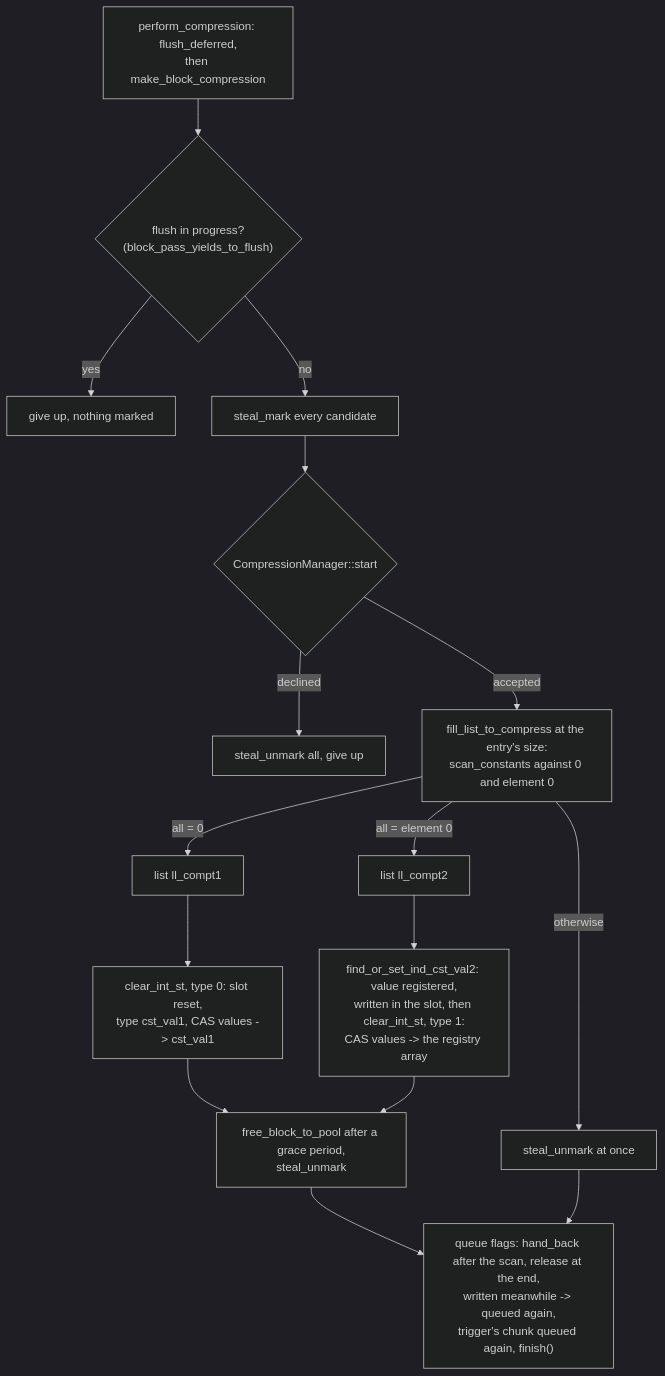
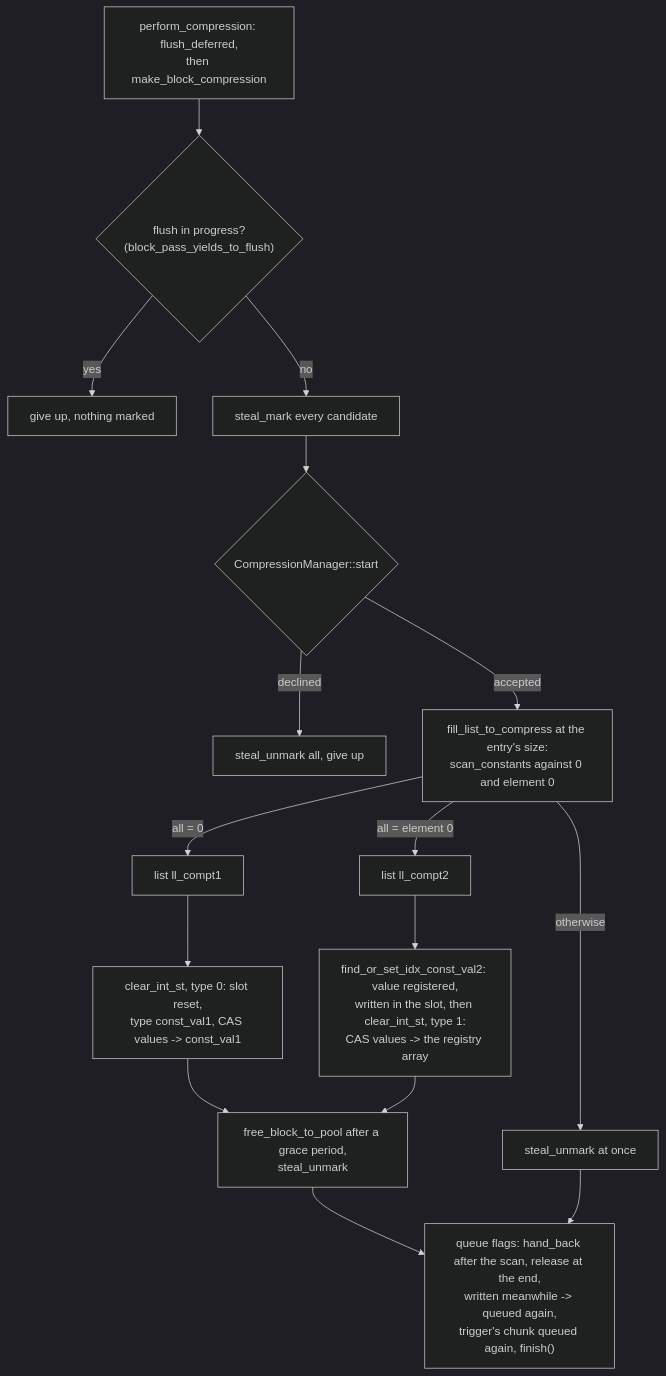
One commit to cea-hpc/shrink-array changed the first of 2 diagrams in docs/algo_zero_any.md. Above: the diagram before and after it, drawn with Mermaid (dark theme). The commit also changed other lines of this file and 244 other files, not shown here.

````diff
--- a/docs/algo_zero_any.md
+++ b/docs/algo_zero_any.md
@@ -135,18 +135,18 @@
 ```mermaid
 flowchart TD
     A["perform_compression: flush_deferred,<br/>then make_block_compression"] --> B{"flush in progress?<br/>(block_pass_yields_to_flush)"}
     B -->|yes| B1["give up, nothing marked"]
     B -->|no| C["steal_mark every candidate"]
     C --> D{"CompressionManager::start"}
     D -->|declined| D1["steal_unmark all, give up"]
     D -->|accepted| E["fill_list_to_compress at the entry's size:<br/>scan_constants against 0 and element 0"]
     E -->|"all = 0"| F["list ll_compt1"]
     E -->|"all = element 0"| G["list ll_compt2"]
     E -->|"otherwise"| N["steal_unmark at once"]
-    F --> F1["clear_int_st, type 0: slot reset,<br/>type cst_val1, CAS values -> cst_val1"]
-    G --> G1["find_or_set_ind_cst_val2: value registered,<br/>written in the slot, then clear_int_st, type 1:<br/>CAS values -> the registry array"]
+    F --> F1["clear_int_st, type 0: slot reset,<br/>type const_val1, CAS values -> const_val1"]
+    G --> G1["find_or_set_idx_const_val2: value registered,<br/>written in the slot, then clear_int_st, type 1:<br/>CAS values -> the registry array"]
     F1 --> R["free_block_to_pool after a grace period,<br/>steal_unmark"]
     G1 --> R
     R --> K["queue flags: hand_back after the scan, release at the end,<br/>written meanwhile -> queued again,<br/>trigger's chunk queued again, finish()"]
     N --> K
 ```
````
